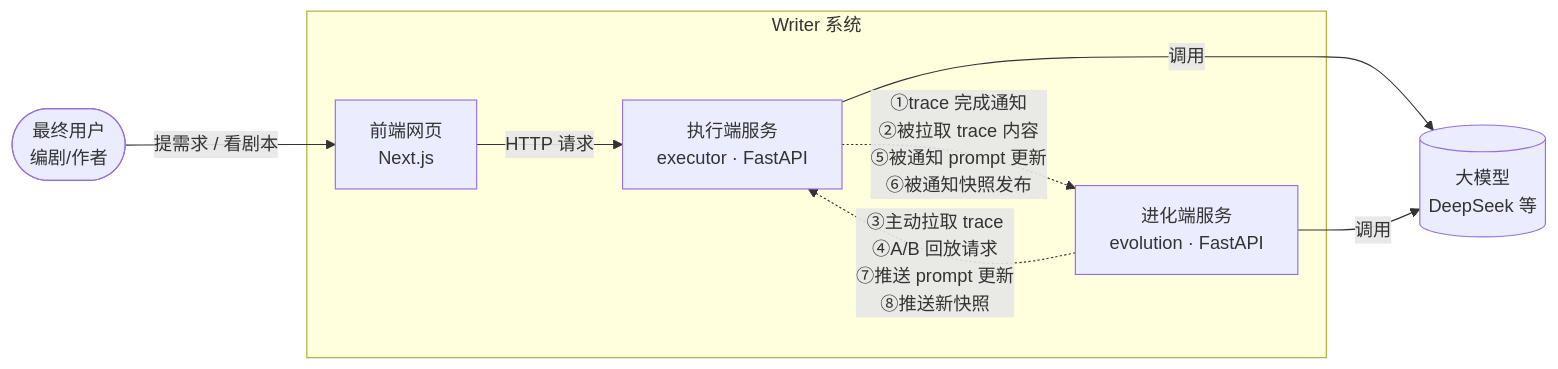
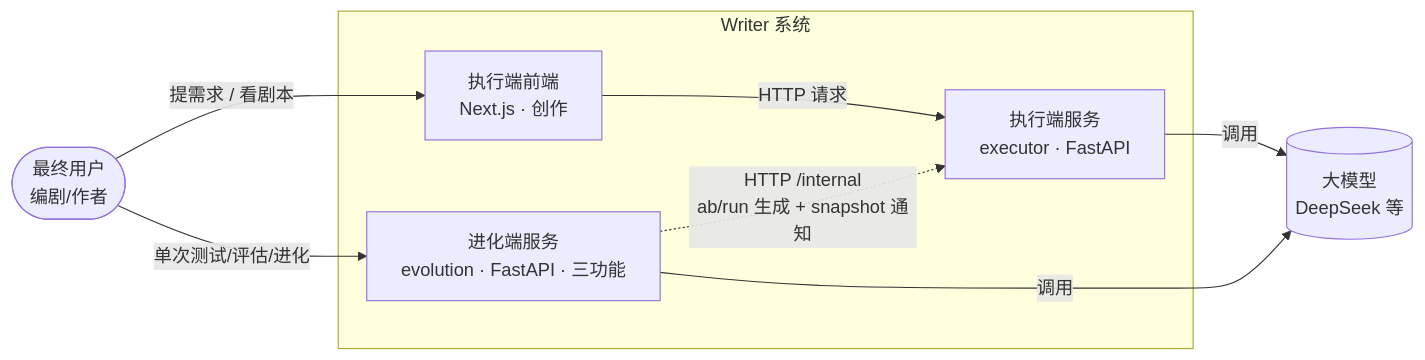
One commit to gaoshoupaper-code/EvoWriter changed the first of 7 diagrams in docs/架构分层图.md. Above: the diagram before and after it, drawn with Mermaid. The commit also changed other lines of this file and 2 other files, not shown here.

First line of the commit message:
docs(architecture): 同步进化端要素分层到 C4 架构图 + 测试 import 更新

````diff
--- a/docs/架构分层图.md
+++ b/docs/架构分层图.md
@@ -29,19 +29,19 @@
 ```mermaid
 graph LR
     User([最终用户<br/>编剧/作者])
 
     subgraph Writer[Writer 系统]
-        FE[前端网页<br/>Next.js]
+        FE[执行端前端<br/>Next.js · 创作]
         EXEC[执行端服务<br/>executor · FastAPI]
-        EVO[进化端服务<br/>evolution · FastAPI]
+        EVO[进化端服务<br/>evolution · FastAPI · 三功能]
     end
 
     User -->|提需求 / 看剧本| FE
     FE -->|HTTP 请求| EXEC
-    EXEC -.->|①trace 完成通知<br/>②被拉取 trace 内容<br/>⑤被通知 prompt 更新<br/>⑥被通知快照发布| EVO
-    EVO -.->|③主动拉取 trace<br/>④A/B 回放请求<br/>⑦推送 prompt 更新<br/>⑧推送新快照| EXEC
+    User -->|单次测试/评估/进化| EVO
+    EVO -.->|HTTP /internal<br/>ab/run 生成 + snapshot 通知| EXEC
 
     LLM[(大模型<br/>DeepSeek 等)]
     EXEC -->|调用| LLM
     EVO -->|调用| LLM
 ```
````
